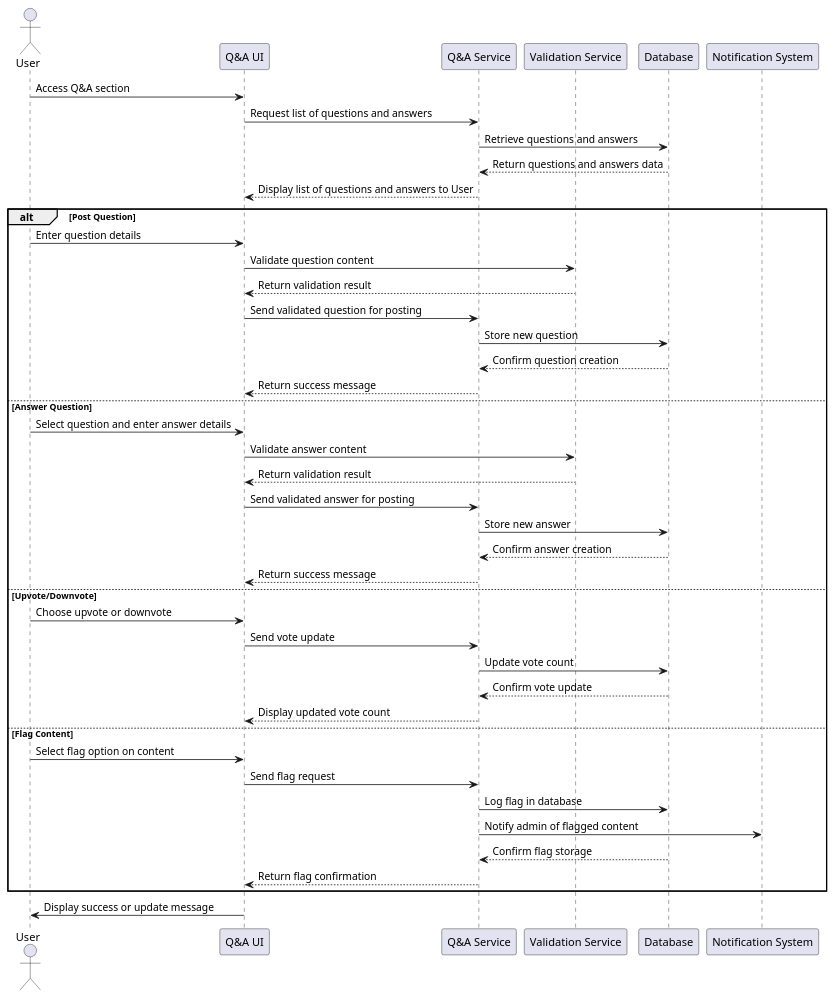
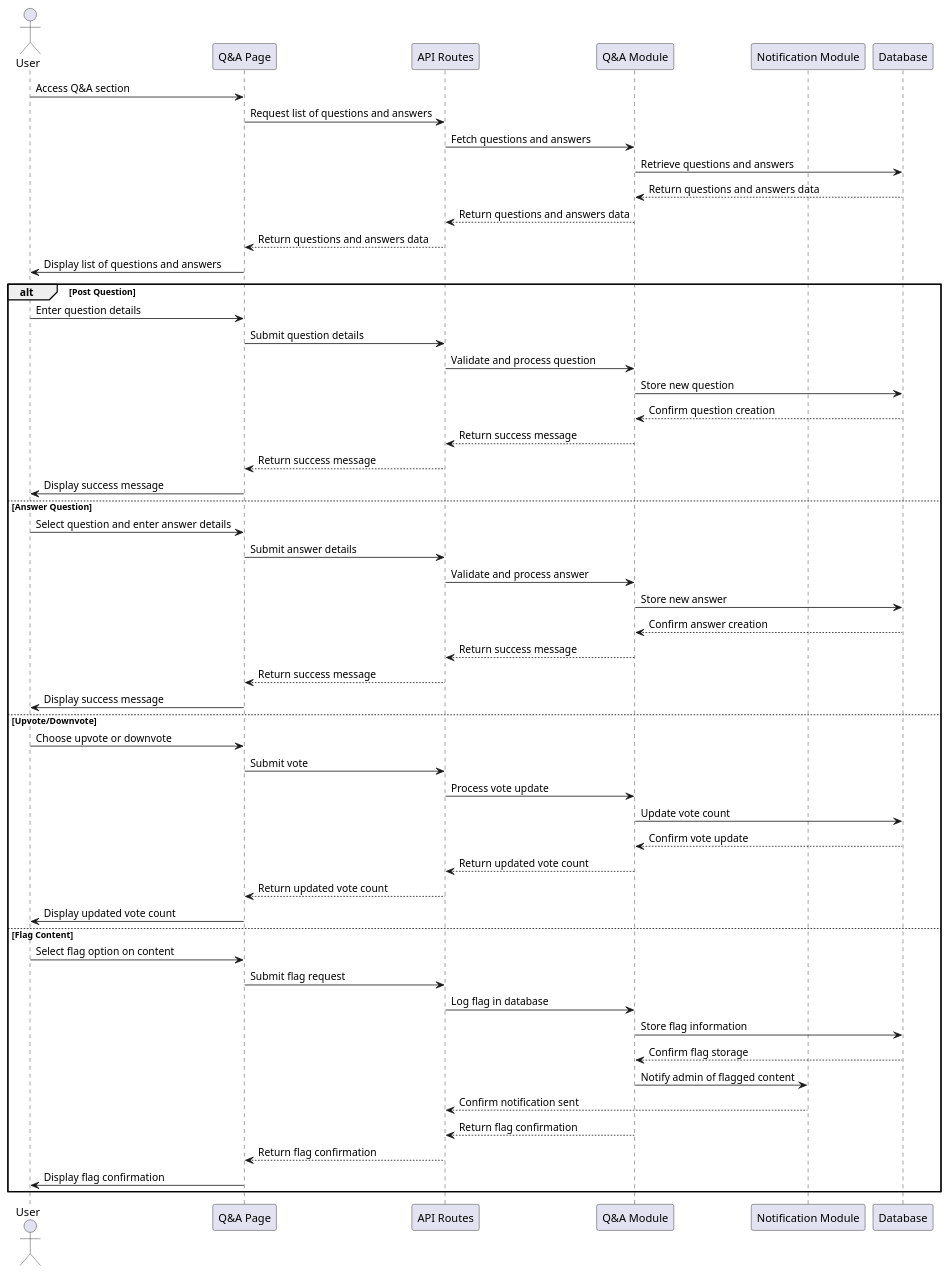
Before and after one commit to alexajuno/notes: the diagram in projects/jamc/design/diagrams/qa-participiation-sequence-diagram.puml, drawn with PlantUML. The commit also changed 37 other files, not shown here.

Commit message:
Refactor JAMC project documentation and diagrams; update workspace settings in Obsidian. Removed outdated daily notes and added new diagrams for class management, course monetization, and user registration processes. Updated workspace.json to reflect recent changes in active files and titles.

```diff
--- a/projects/jamc/design/diagrams/qa-participiation-sequence-diagram.puml
+++ b/projects/jamc/design/diagrams/qa-participiation-sequence-diagram.puml
@@ -1,48 +1,59 @@
-@startuml qa-participation-sequence-diagram
+@startuml Q&A Participation Sequence Diagram Updated
 
 actor User
-participant "Q&A UI" as QandAUI
-participant "Q&A Service" as QandAService
-participant "Validation Service" as ValidationService
-participant "Database" as DB
-participant "Notification System" as NotificationService
+participant "Q&A Page" as QAPage
+participant "API Routes" as APIRoutes
+participant "Q&A Module" as QAModule
+participant "Notification Module" as NotificationModule
+participant "Database" as Database
 
-User -> QandAUI: Access Q&A section
-QandAUI -> QandAService: Request list of questions and answers
-QandAService -> DB: Retrieve questions and answers
-DB --> QandAService: Return questions and answers data
-QandAService --> QandAUI: Display list of questions and answers to User
+User -> QAPage: Access Q&A section
+QAPage -> APIRoutes: Request list of questions and answers
+APIRoutes -> QAModule: Fetch questions and answers
+QAModule -> Database: Retrieve questions and answers
+Database --> QAModule: Return questions and answers data
+QAModule --> APIRoutes: Return questions and answers data
+APIRoutes --> QAPage: Return questions and answers data
+QAPage -> User: Display list of questions and answers
 
 alt Post Question
-    User -> QandAUI: Enter question details
-    QandAUI -> ValidationService: Validate question content
-    ValidationService --> QandAUI: Return validation result
-    QandAUI -> QandAService: Send validated question for posting
-    QandAService -> DB: Store new question
-    DB --> QandAService: Confirm question creation
-    QandAService --> QandAUI: Return success message
+    User -> QAPage: Enter question details
+    QAPage -> APIRoutes: Submit question details
+    APIRoutes -> QAModule: Validate and process question
+    QAModule -> Database: Store new question
+    Database --> QAModule: Confirm question creation
+    QAModule --> APIRoutes: Return success message
+    APIRoutes --> QAPage: Return success message
+    QAPage -> User: Display success message
 else Answer Question
-    User -> QandAUI: Select question and enter answer details
-    QandAUI -> ValidationService: Validate answer content
-    ValidationService --> QandAUI: Return validation result
-    QandAUI -> QandAService: Send validated answer for posting
-    QandAService -> DB: Store new answer
-    DB --> QandAService: Confirm answer creation
-    QandAService --> QandAUI: Return success message
+    User -> QAPage: Select question and enter answer details
+    QAPage -> APIRoutes: Submit answer details
+    APIRoutes -> QAModule: Validate and process answer
+    QAModule -> Database: Store new answer
+    Database --> QAModule: Confirm answer creation
+    QAModule --> APIRoutes: Return success message
+    APIRoutes --> QAPage: Return success message
+    QAPage -> User: Display success message
 else Upvote/Downvote
-    User -> QandAUI: Choose upvote or downvote
-    QandAUI -> QandAService: Send vote update
-    QandAService -> DB: Update vote count
-    DB --> QandAService: Confirm vote update
-    QandAService --> QandAUI: Display updated vote count
+    User -> QAPage: Choose upvote or downvote
+    QAPage -> APIRoutes: Submit vote
+    APIRoutes -> QAModule: Process vote update
+    QAModule -> Database: Update vote count
+    Database --> QAModule: Confirm vote update
+    QAModule --> APIRoutes: Return updated vote count
+    APIRoutes --> QAPage: Return updated vote count
+    QAPage -> User: Display updated vote count
 else Flag Content
-    User -> QandAUI: Select flag option on content
-    QandAUI -> QandAService: Send flag request
-    QandAService -> DB: Log flag in database
-    QandAService -> NotificationService: Notify admin of flagged content
-    DB --> QandAService: Confirm flag storage
-    QandAService --> QandAUI: Return flag confirmation
+    User -> QAPage: Select flag option on content
+    QAPage -> APIRoutes: Submit flag request
+    APIRoutes -> QAModule: Log flag in database
+    QAModule -> Database: Store flag information
+    Database --> QAModule: Confirm flag storage
+    QAModule -> NotificationModule: Notify admin of flagged content
+    NotificationModule --> APIRoutes: Confirm notification sent
+    QAModule --> APIRoutes: Return flag confirmation
+    APIRoutes --> QAPage: Return flag confirmation
+    QAPage -> User: Display flag confirmation
 end
 
-QandAUI -> User: Display success or update message
 @enduml
```
